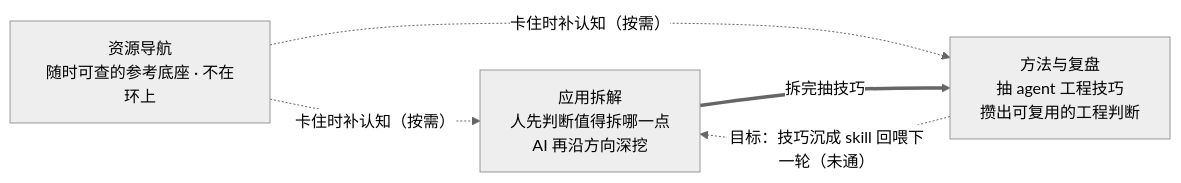
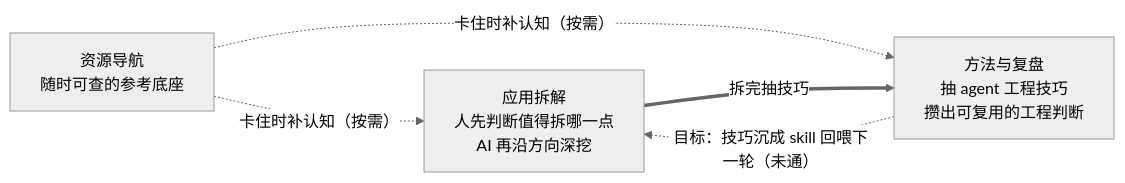
The diagram in docs/index.md (xiaomingtx12/nice-ai-agent-study-resources), drawn with Mermaid (neutral theme) before and after one commit. The commit also changed other lines of this file and 5 other files, not shown here.

````diff
--- a/docs/index.md
+++ b/docs/index.md
@@ -18,10 +18,10 @@
 ```mermaid
 flowchart LR
-  R["资源导航<br/>随时可查的参考底座 · 不在环上"]
+  R["资源导航<br/>随时可查的参考底座"]
   A["应用拆解<br/>人先判断值得拆哪一点<br/>AI 再沿方向深挖"]
   M["方法与复盘<br/>抽 agent 工程技巧<br/>攒出可复用的工程判断"]
   R -. "卡住时补认知（按需）" .-> A
   R -. "卡住时补认知（按需）" .-> M
   A == "拆完抽技巧" ==> M
   M -. "目标：技巧沉成 skill 回喂下一轮（未通）" .-> A
 ```
````
